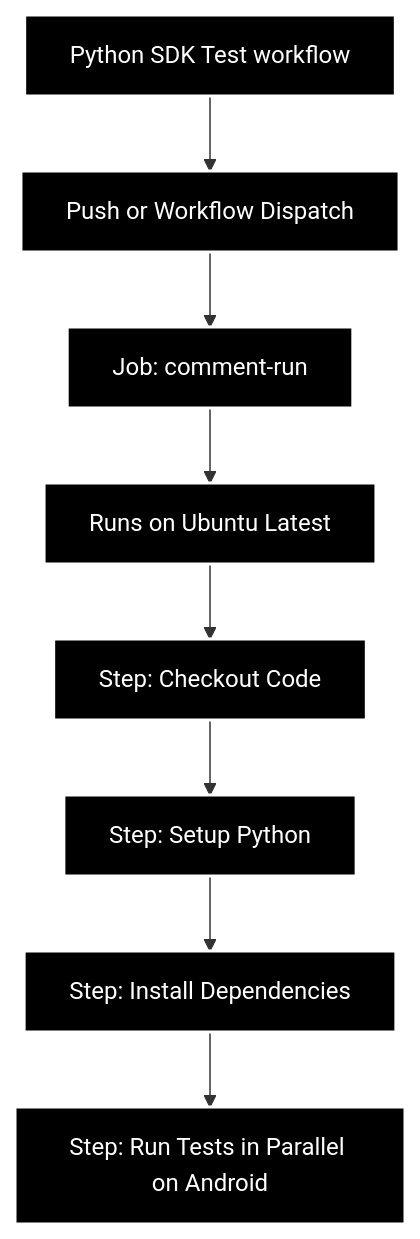
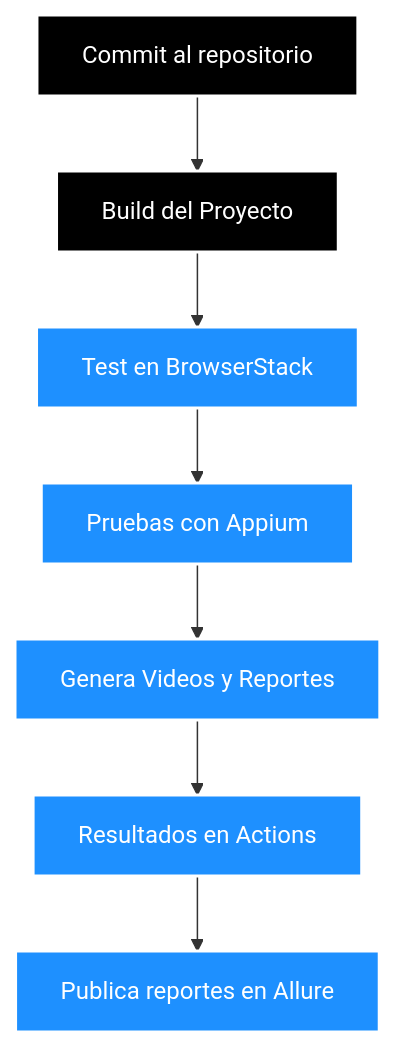
One commit to UPT-FAING-EPIS/proyecto-si8811a-2024-ii-u1-pruebas-2-rivera-lupaca changed the third of 3 diagrams in README.md. Above: the diagram before and after it, drawn with Mermaid. The commit also changed other lines of this file and 1 other file, not shown here.

````diff
--- a/README.md
+++ b/README.md
@@ -73,18 +73,21 @@
 ```mermaid
 graph TD
-    A[Python SDK Test workflow] --> B[Push or Workflow Dispatch]
-    B --> C[Job: comment-run]
-    C --> D[Runs on Ubuntu Latest]
-    D --> E[Step: Checkout Code]
-    E --> F[Step: Setup Python]
-    F --> G[Step: Install Dependencies]
-    G --> H[Step: Run Tests in Parallel on Android]
+    B[Commit al repositorio]
+    B --> C[Build del Proyecto]
+    C --> D[Test en BrowserStack]
+    D --> E[Pruebas con Appium]
+    E --> F[Genera Videos y Reportes]
+    F --> G[Resultados en Actions]
+    G --> H[Publica reportes en Allure]
 
     %% Estilos personalizados
     classDef background fill:#000,stroke:#FFF,stroke-width:2px,color:#FFF;
     classDef steps fill:#444,stroke:#FFF,stroke-width:2px,color:#FFF;
+    classDef important fill:#1E90FF,stroke:#FFF,stroke-width:2px,color:#FFF;
 
     %% Aplicación de estilos
     class A,B,C,D,E,F,G,H background;
+    class D,E,F,G,H important;
+
 
 ```
````
